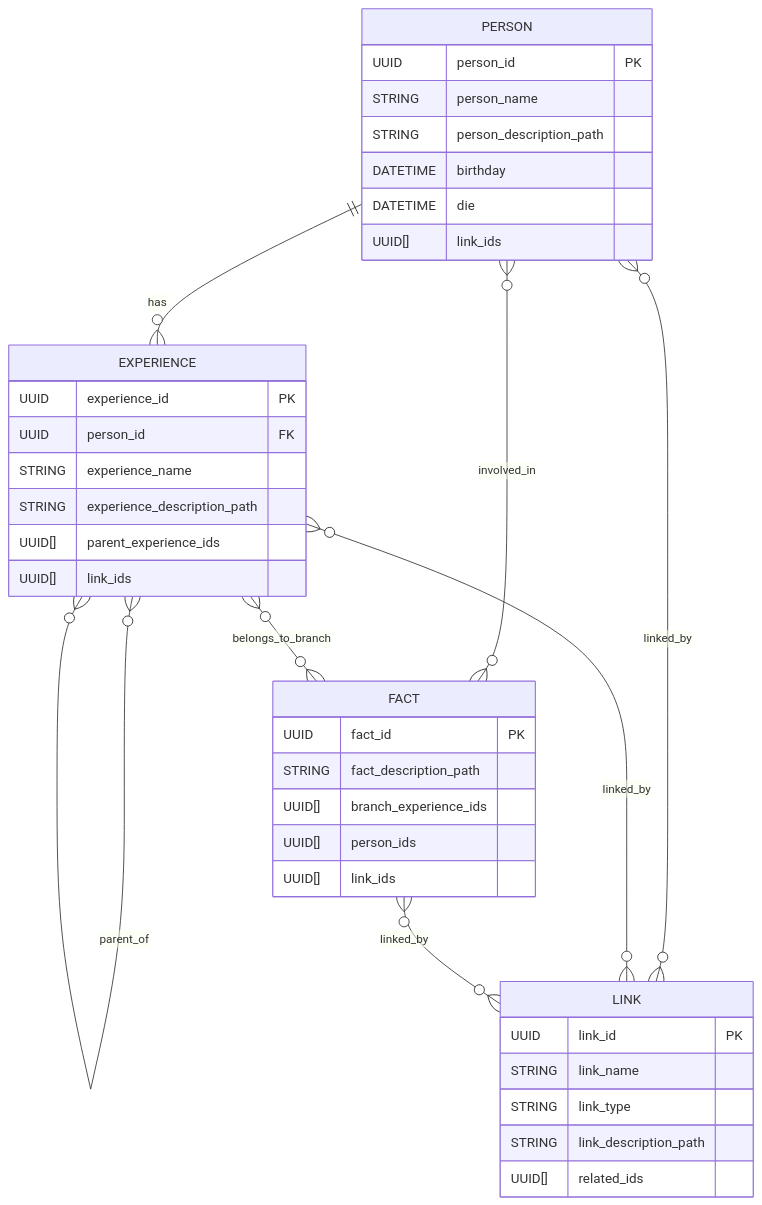
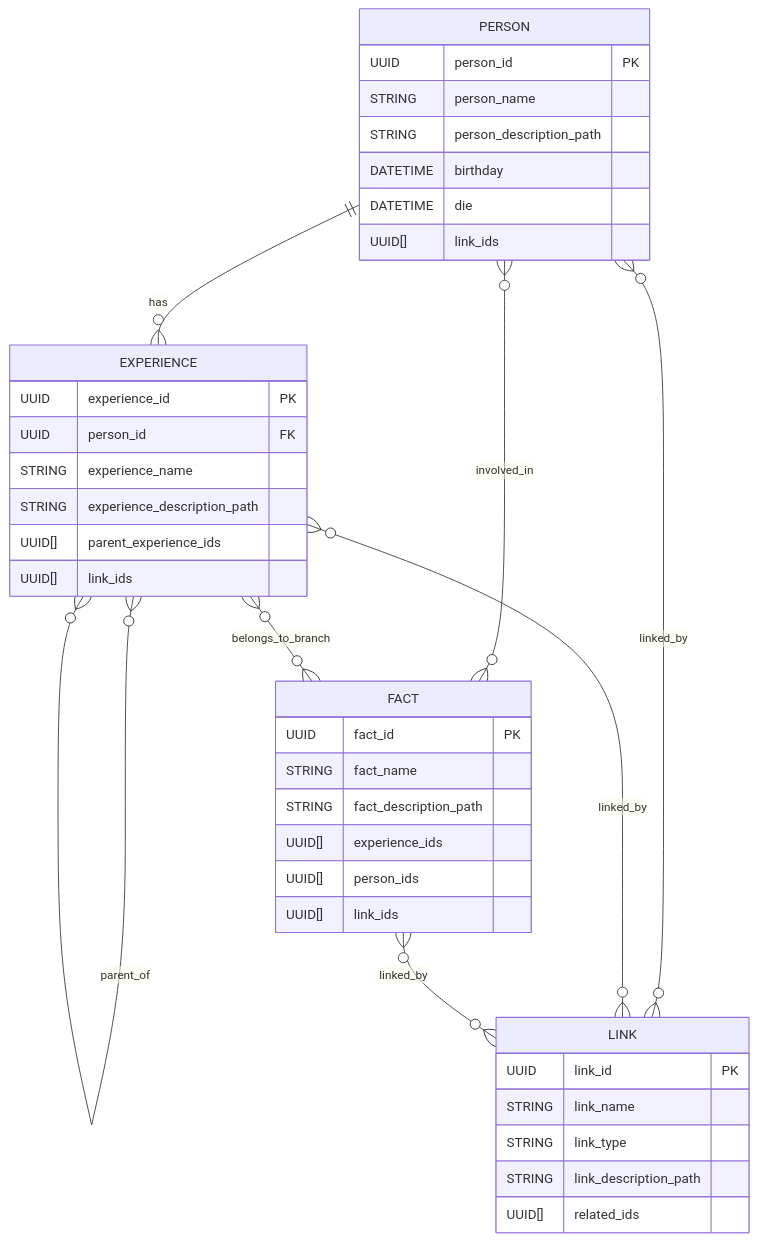
Before and after one commit to HibiyaHaraki/hasm: the diagram in docs/arch/00-hasm-model-structure.md, drawn with Mermaid. The commit also changed other lines of this file and 7 other files, not shown here.

````diff
--- a/docs/arch/00-hasm-model-structure.md
+++ b/docs/arch/00-hasm-model-structure.md
@@ -31,44 +31,45 @@
 ```mermaid
 erDiagram
   PERSON {
     UUID person_id PK
     STRING person_name
     STRING person_description_path
     DATETIME birthday
     DATETIME die
     UUID[] link_ids
   }
 
   EXPERIENCE {
     UUID experience_id PK
     UUID person_id FK
     STRING experience_name
     STRING experience_description_path
     UUID[] parent_experience_ids
     UUID[] link_ids
   }
 
   FACT {
     UUID fact_id PK
+    STRING fact_name
     STRING fact_description_path
-    UUID[] branch_experience_ids
+    UUID[] experience_ids
     UUID[] person_ids
     UUID[] link_ids
   }
 
   LINK {
     UUID link_id PK
     STRING link_name
     STRING link_type
     STRING link_description_path
     UUID[] related_ids
   }
 
   PERSON ||--o{ EXPERIENCE : has
   EXPERIENCE }o--o{ EXPERIENCE : parent_of
   PERSON }o--o{ FACT : involved_in
   EXPERIENCE }o--o{ FACT : belongs_to_branch
   PERSON }o--o{ LINK : linked_by
   EXPERIENCE }o--o{ LINK : linked_by
   FACT }o--o{ LINK : linked_by
 ```
````
